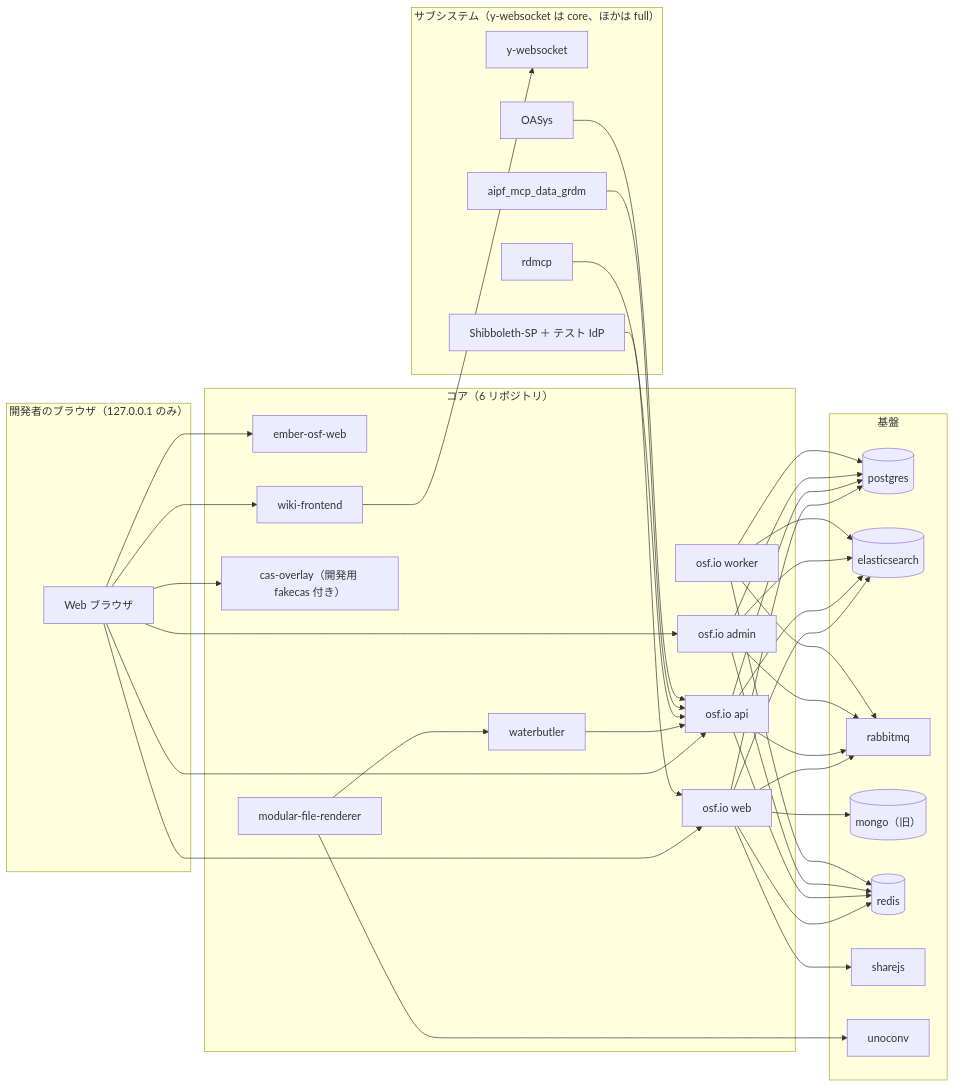
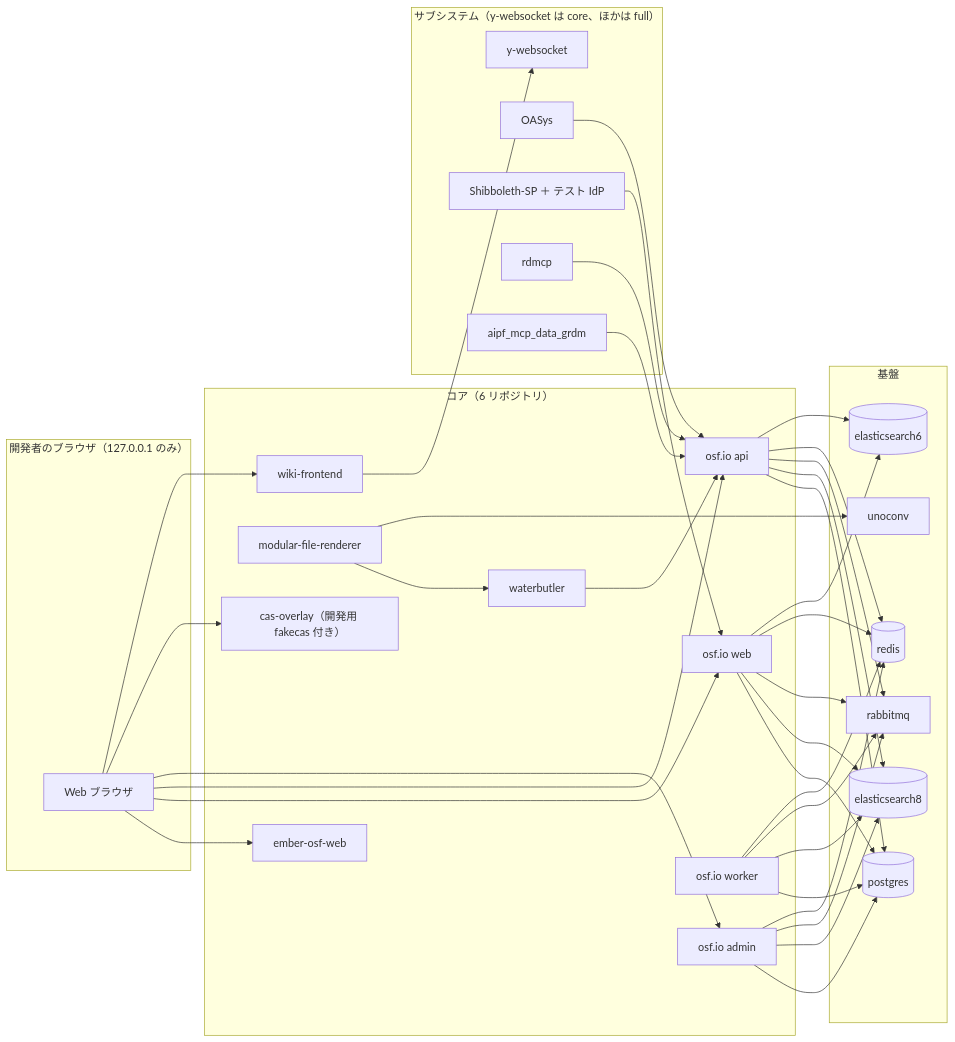
The third of 4 diagrams in docs/spec/00_overview.md (RCOSDP/RDM-developer-guide), drawn with Mermaid before and after one commit. The commit also changed other lines of this file and 10 other files, not shown here.

````diff
--- a/docs/spec/00_overview.md
+++ b/docs/spec/00_overview.md
@@ -200,42 +198,41 @@
 ```mermaid
 flowchart LR
   subgraph browser["開発者のブラウザ（127.0.0.1 のみ）"]
     B[Web ブラウザ]
   end
   subgraph core["コア（6 リポジトリ）"]
     EMB[ember-osf-web]
     OSFW[osf.io web]
     OSFA[osf.io api]
     OSFM[osf.io admin]
     OSFK[osf.io worker]
     WB[waterbutler]
     MFR[modular-file-renderer]
     CAS["cas-overlay（開発用 fakecas 付き）"]
     WIKI[wiki-frontend]
   end
   subgraph infra["基盤"]
     PG[(postgres)]
-    ES[(elasticsearch)]
+    ES[(elasticsearch8)]
+    ES6[(elasticsearch6)]
     MQ[rabbitmq]
-    MG[("mongo（旧）")]
     RD[(redis)]
-    SJ[sharejs]
     UNO[unoconv]
   end
   subgraph subs["サブシステム（y-websocket は core、ほかは full）"]
     YWS[y-websocket]
     OAS[OASys]
     SHIB["Shibboleth-SP ＋ テスト IdP"]
     MCP[rdmcp]
     AIPF[aipf_mcp_data_grdm]
   end
   B --> EMB & OSFW & OSFA & OSFM & CAS & WIKI
   OSFW & OSFA & OSFM & OSFK --> PG & ES & MQ & RD
-  OSFW --> SJ & MG
+  OSFW & OSFA --> ES6
   WB --> OSFA
   MFR --> WB & UNO
   WIKI --> YWS
   SHIB --> OSFW
   MCP & AIPF --> OSFA
   OAS --> OSFA
 ```
````
